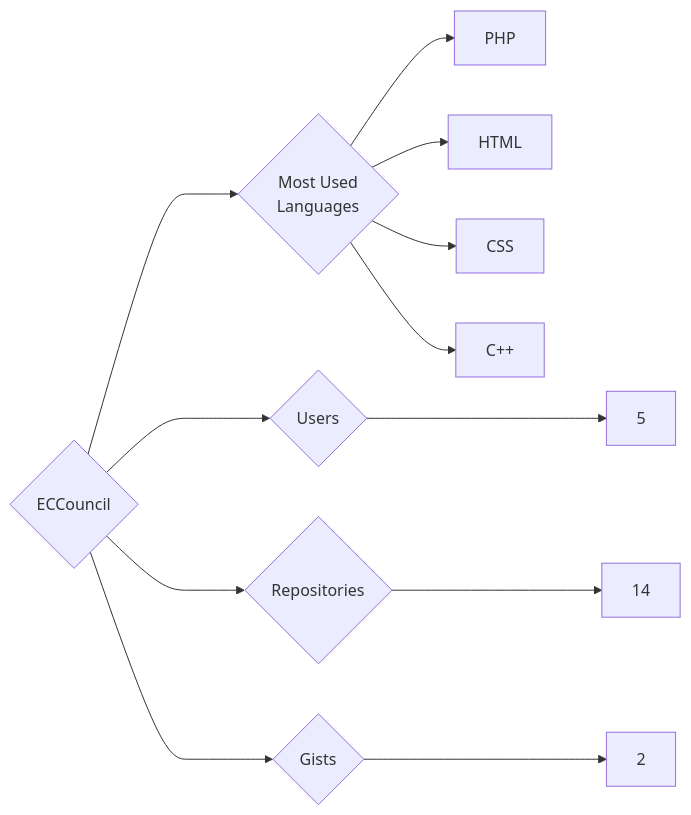
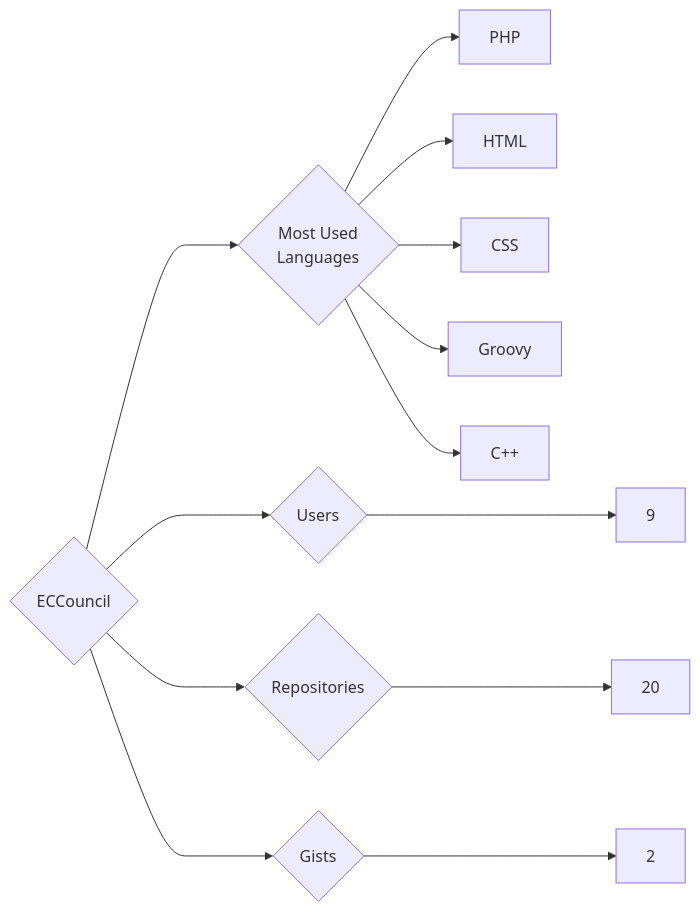
One commit to trickest/insiders changed the diagram in targets/ECCouncil/README.md. Above: the diagram before and after it, drawn with Mermaid. The commit also changed 880 other files, not shown here.

````diff
--- a/targets/ECCouncil/README.md
+++ b/targets/ECCouncil/README.md
@@ -3,12 +3,13 @@
 ```mermaid
 graph LR
 COMPANY_NAME{ECCouncil}
-COMPANY_NAME ---> U{Users} ---> UN[5]
-COMPANY_NAME ---> R{Repositories} ---> RN[14]
+COMPANY_NAME ---> U{Users} ---> UN[9]
+COMPANY_NAME ---> R{Repositories} ---> RN[20]
 COMPANY_NAME ---> G{Gists} ---> GN[2]
 COMPANY_NAME ---> ML{Most Used<br>Languages}
 ML --> PHP[PHP]
 ML --> HTML[HTML]
 ML --> CSS[CSS]
+ML --> Groovy[Groovy]
 ML --> C++[C++]
 ```
````
